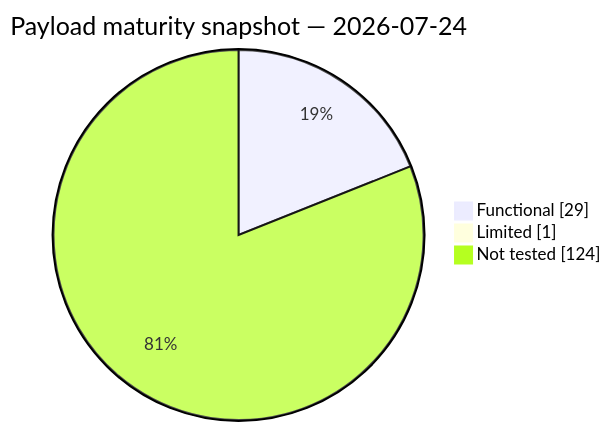
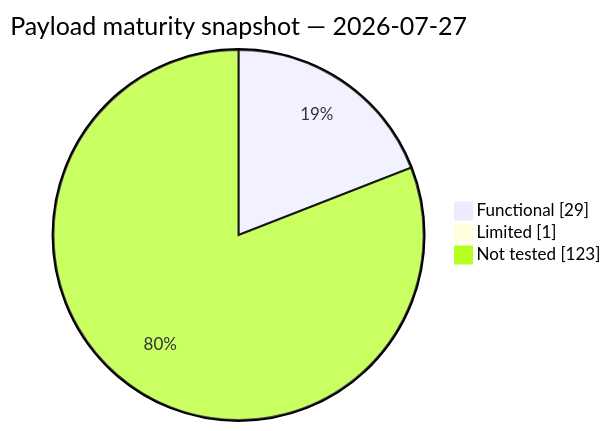
Before and after one commit to kanedasec/citypop: the second of 2 diagrams in docs/ROADMAP.md, drawn with Mermaid. The commit also changed other lines of this file and 1 other file, not shown here.

First line of the commit message:
docs: update payload counts after livecam_detector removal

````diff
--- a/docs/ROADMAP.md
+++ b/docs/ROADMAP.md
@@ -71,7 +71,7 @@
 ```mermaid
 pie showData
-    title Payload maturity snapshot — 2026-07-24
+    title Payload maturity snapshot — 2026-07-27
     "Functional" : 29
     "Limited" : 1
-    "Not tested" : 124
+    "Not tested" : 123
 ```
````
